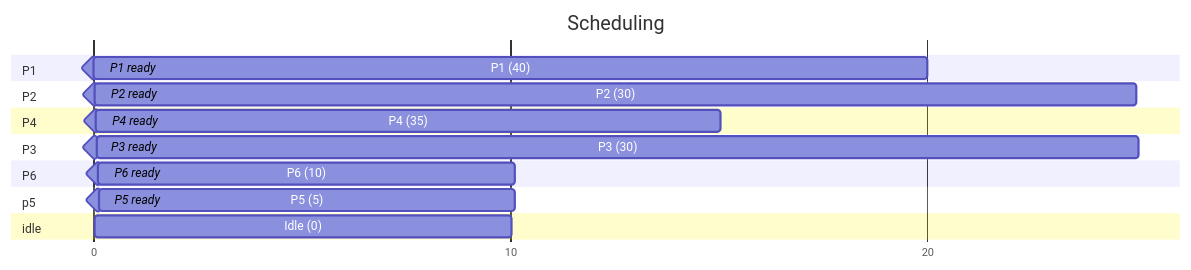
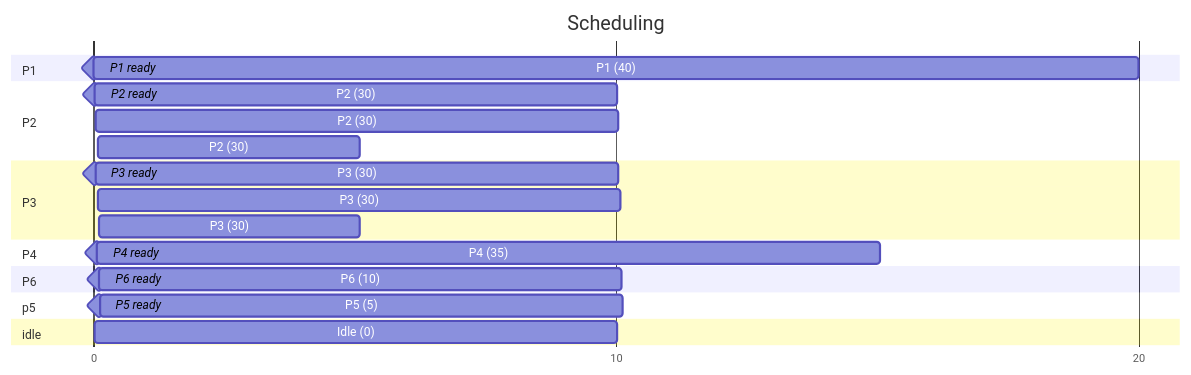
One commit to fhirter/ParalleleUndVerteilteSysteme changed the diagram in Exercises/06_Processes/Solutions/Solutions.md. Above: the diagram before and after it, drawn with Mermaid. The commit also changed other lines of this file, not shown here.

````diff
--- a/Exercises/06_Processes/Solutions/Solutions.md
+++ b/Exercises/06_Processes/Solutions/Solutions.md
@@ -25,39 +25,44 @@
 ```mermaid
 ---
 displayMode: compact
 ---
 
 gantt
     title Scheduling
     dateFormat X
     axisFormat %s
     tickInterval 10second
 
 section P1
     
     P1 ready: milestone, 0,0s
     P1 (40): P1, 0, 20s
     
     section P2
     P2 ready: milestone, 25, 0s
-    P2 (30): P2, 30, 25s
+    P2 (30): P2, 30, 10s
+    P2 (30): P2, 50, 10s
+    P2 (30): P2, 90, 5s
+
+    section P3
+    P3 ready: milestone, 30, 0s
+    P3 (30): P3, 40, 10s
+    P3 (30): P3, 80, 10s
+    P3 (30): P3, 100, 5s
     
     section P4
     P4 ready: milestone, 60, 0s
     P4 (35): P4, 60, 15s
     
-    section P3
-    P3 ready: milestone, 30, 0s
-    P3 (30): P3, 80, 25s
     
     section P6
     P6 ready: milestone, 105, 0s
     P6 (10): P6, 110, 10s
     
     section p5
     P5 ready: milestone, 100, 0s
     P5 (5): P5, 120, 10s
     
     section idle
     Idle (0): P0, 20, 10s
 ```
````
